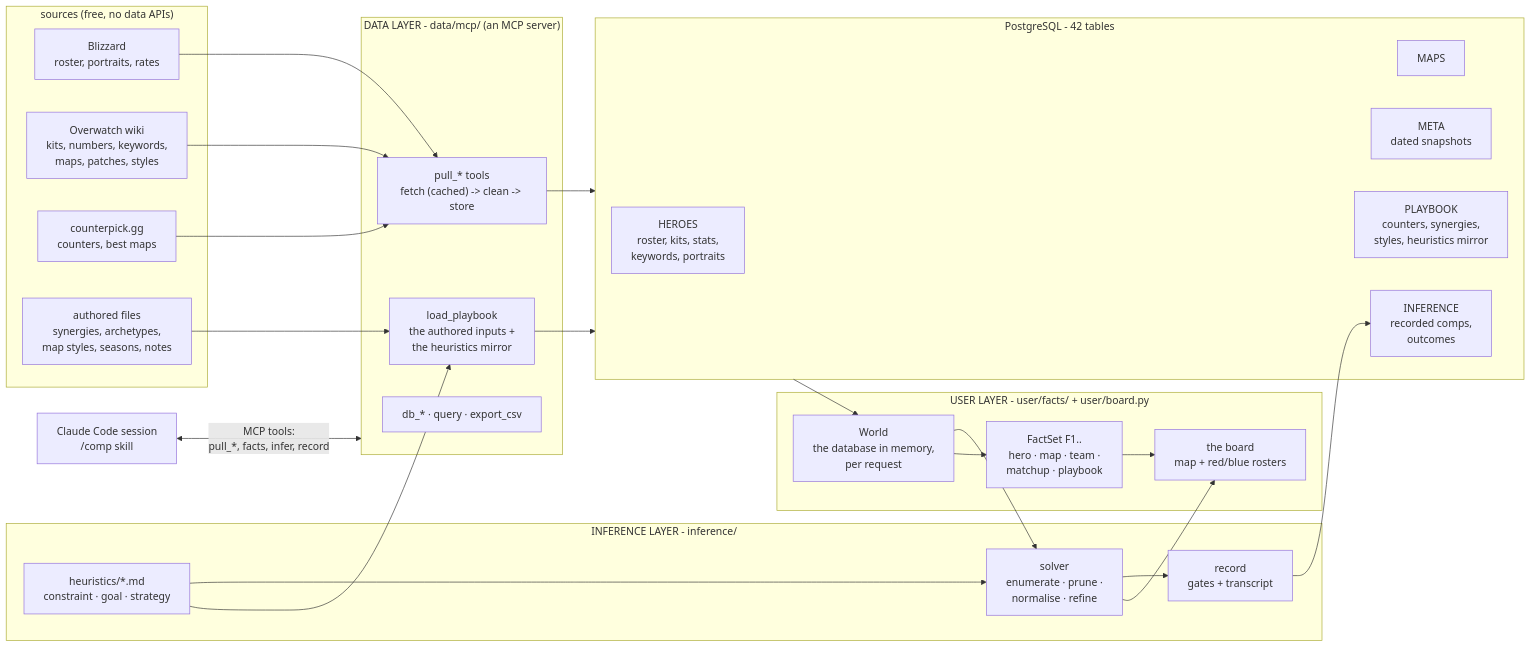
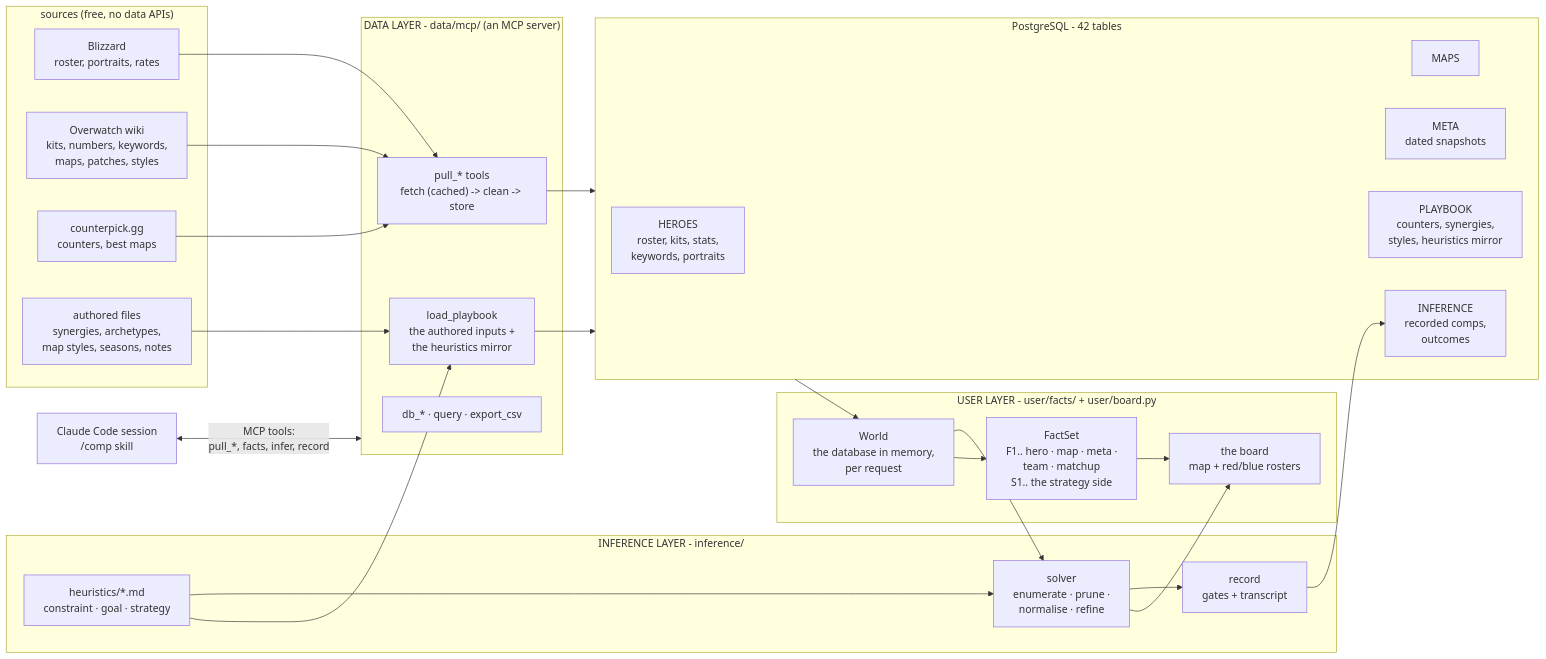
One commit to mmikol/counter-utility-matrix changed the first of 6 diagrams in docs/architecture.md. Above: the diagram before and after it, drawn with Mermaid. The commit also changed other lines of this file and 26 other files, not shown here.

````diff
--- a/docs/architecture.md
+++ b/docs/architecture.md
@@ -7,46 +7,46 @@
 ```mermaid
 flowchart LR
     subgraph SOURCES["sources (free, no data APIs)"]
         BLZ["Blizzard<br/>roster, portraits, rates"]
         WIKI["Overwatch wiki<br/>kits, numbers, keywords,<br/>maps, patches, styles"]
         CPK["counterpick.gg<br/>counters, best maps"]
         CSV["authored files<br/>synergies, archetypes,<br/>map styles, seasons, notes"]
     end
 
     subgraph DATA["DATA LAYER - data/mcp/ (an MCP server)"]
         PULL["pull_* tools<br/>fetch (cached) -> clean -> store"]
         PLAY["load_playbook<br/>the authored inputs +<br/>the heuristics mirror"]
         DBT["db_* · query · export_csv"]
     end
 
     subgraph PG["PostgreSQL - 42 tables"]
         HEROES["HEROES<br/>roster, kits, stats,<br/>keywords, portraits"]
         MAPS["MAPS"]
         META["META<br/>dated snapshots"]
         PLAYBOOK["PLAYBOOK<br/>counters, synergies,<br/>styles, heuristics mirror"]
         INF["INFERENCE<br/>recorded comps,<br/>outcomes"]
     end
 
     subgraph USER["USER LAYER - user/facts/ + user/board.py"]
         WORLD["World<br/>the database in memory,<br/>per request"]
-        FACTS["FactSet F1..<br/>hero · map · team ·<br/>matchup · playbook"]
+        FACTS["FactSet<br/>F1.. hero · map · meta ·<br/>team · matchup<br/>S1.. the strategy side"]
         BOARD["the board<br/>map + red/blue rosters"]
     end
 
     subgraph INFER["INFERENCE LAYER - inference/"]
         HEUR["heuristics/*.md<br/>constraint · goal · strategy"]
         SOLVER["solver<br/>enumerate · prune ·<br/>normalise · refine"]
         REC["record<br/>gates + transcript"]
     end
 
     BLZ & WIKI & CPK --> PULL
     CSV --> PLAY
     HEUR --> PLAY
     PULL & PLAY --> PG
     PG --> WORLD --> FACTS --> BOARD
     WORLD --> SOLVER
     HEUR --> SOLVER
     SOLVER --> BOARD
     SOLVER --> REC --> INF
     CHAT["Claude Code session<br/>/comp skill"] <-->|"MCP tools:<br/>pull_*, facts, infer, record"| DATA
 ```
````
